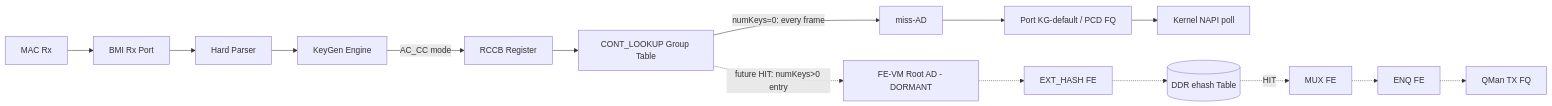
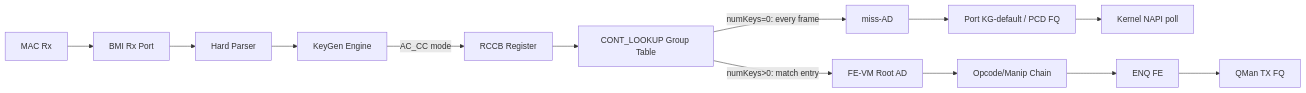
Before and after one commit to Daegara/vyos-ls1046a-build: the first of 2 diagrams in specs/fman-keygen-flow-key-spec.md, drawn with Mermaid. The commit also changed other lines of this file and 19 other files, not shown here.

````diff
--- a/specs/fman-keygen-flow-key-spec.md
+++ b/specs/fman-keygen-flow-key-spec.md
@@ -19,17 +21,15 @@
 ```mermaid
 flowchart LR
     MAC[MAC Rx] --> BMI[BMI Rx Port]
     BMI --> Parser[Hard Parser]
     Parser --> KG[KeyGen Engine]
     KG --> |AC_CC mode| RCCB[RCCB Register]
     RCCB --> GRP[CONT_LOOKUP Group Table]
     GRP --> |numKeys=0: every frame| MISSAD[miss-AD]
     MISSAD --> KFQ[Port KG-default / PCD FQ]
     KFQ --> Kernel[Kernel NAPI poll]
-    GRP -.-> |future HIT: numKeys>0 entry| FE_ENTER[FE-VM Root AD - DORMANT]
-    FE_ENTER -.-> HashFE[EXT_HASH FE]
-    HashFE -.-> DDR[(DDR ehash Table)]
-    DDR -.-> |HIT| MUX[MUX FE]
-    MUX -.-> ENQ[ENQ FE]
-    ENQ -.-> QMan[QMan TX FQ]
+    GRP --> |numKeys>0: match entry| FE_ENTER[FE-VM Root AD]
+    FE_ENTER --> OPC[Opcode/Manip Chain]
+    OPC --> ENQ[ENQ FE]
+    ENQ --> QMan[QMan TX FQ]
 ```
````
